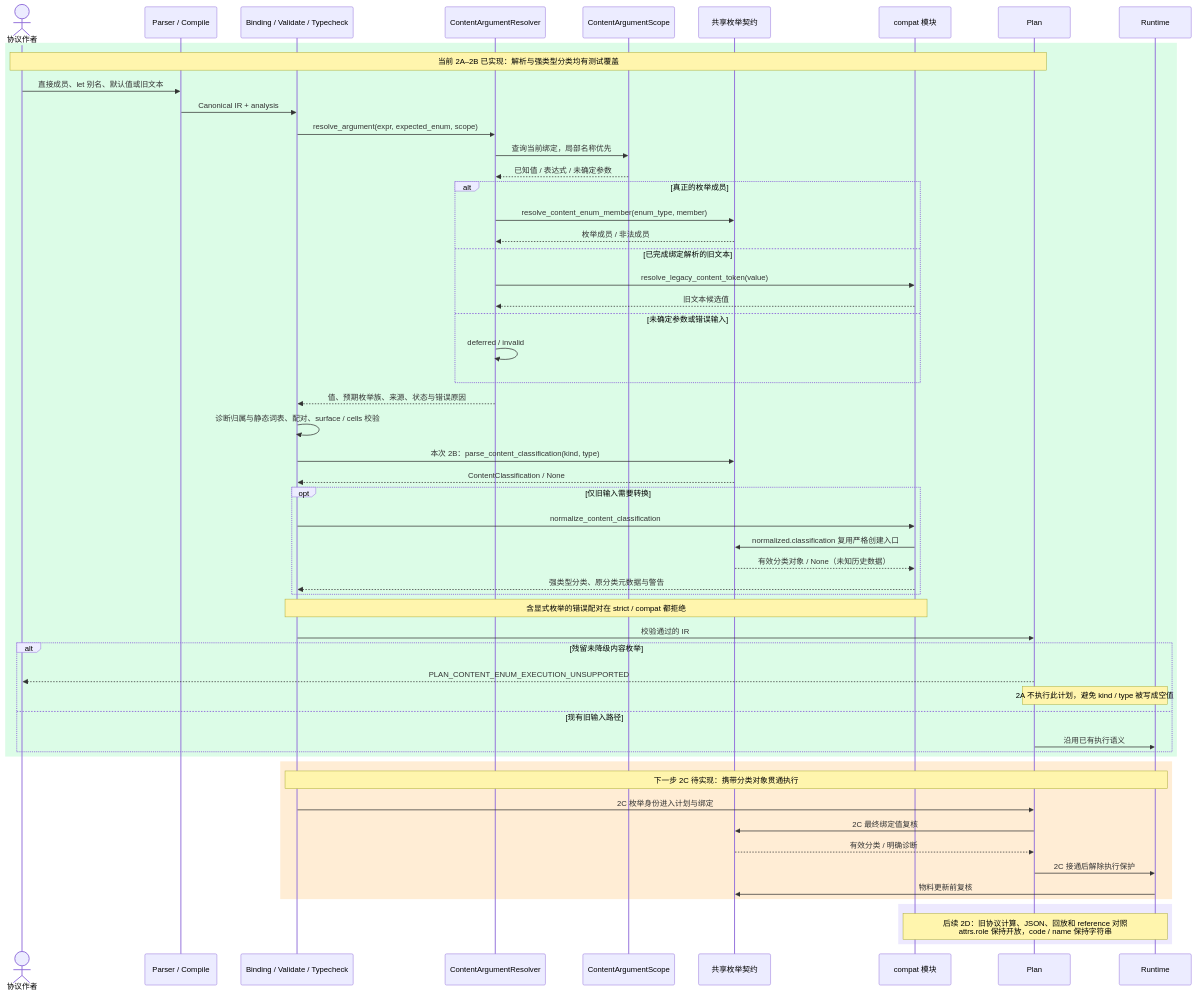
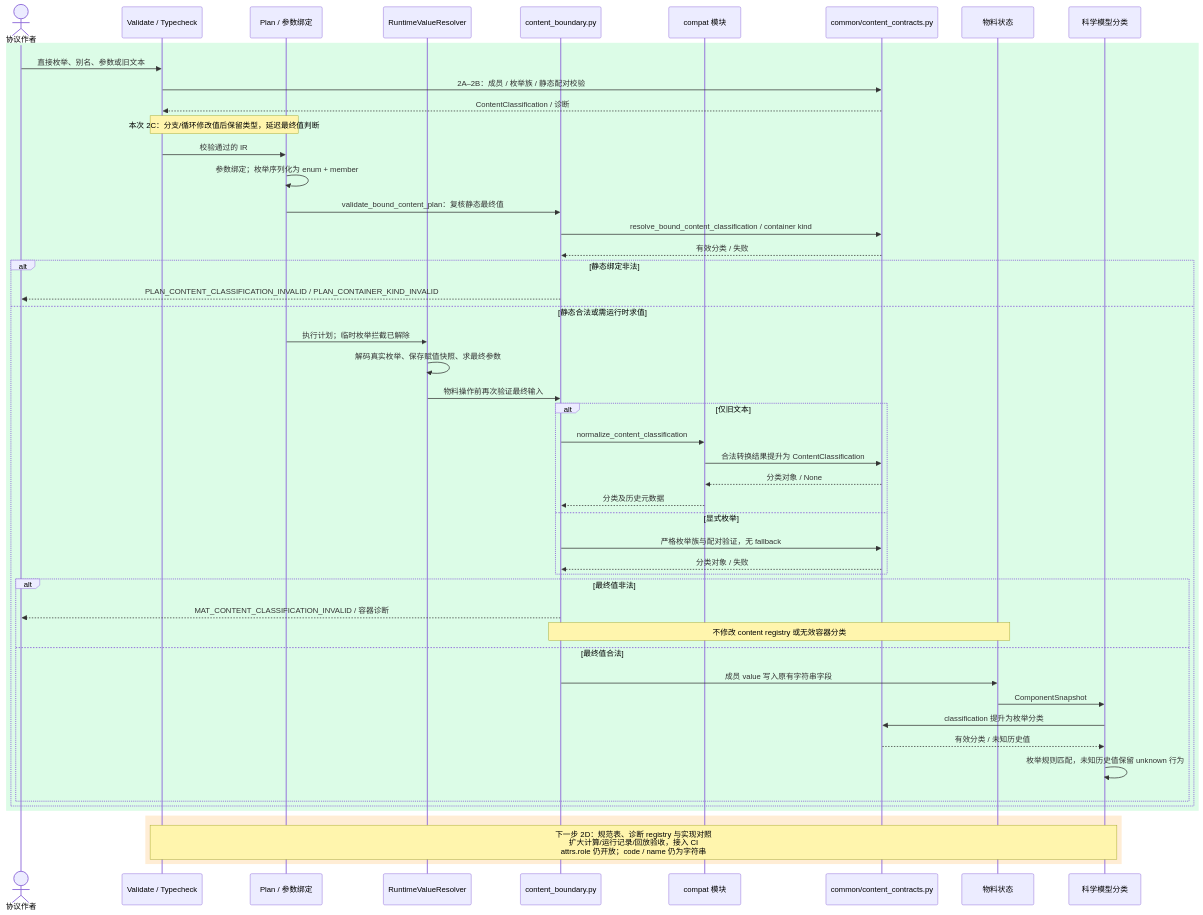
Before and after one commit to culsma/culsma: the second of 3 diagrams in docs/architecture/pipeline/validate_module_diagrams.md, drawn with Mermaid. The commit also changed other lines of this file and 22 other files, not shown here.

Commit message:
feat: execute content enums with bound classification checks

````diff
--- a/docs/architecture/pipeline/validate_module_diagrams.md
+++ b/docs/architecture/pipeline/validate_module_diagrams.md
@@ -52,60 +39,53 @@
 ```mermaid
 sequenceDiagram
     actor Author as 协议作者
-    participant Frontend as Parser / Compile
-    participant Check as Binding / Validate / Typecheck
-    participant Resolver as ContentArgumentResolver
-    participant Scope as ContentArgumentScope
-    participant Shared as 共享枚举契约
+    participant Check as Validate / Typecheck
+    participant Plan as Plan / 参数绑定
+    participant Values as RuntimeValueResolver
+    participant Boundary as content_boundary.py
     participant Legacy as compat 模块
-    participant Plan as Plan
-    participant Runtime as Runtime
+    participant Shared as common/content_contracts.py
+    participant Material as 物料状态
+    participant Science as 科学模型分类
 
     rect rgb(220, 252, 231)
-        Note over Author, Plan: 当前 2A–2B 已实现：解析与强类型分类均有测试覆盖
-        Author->>Frontend: 直接成员、let 别名、默认值或旧文本
-        Frontend->>Check: Canonical IR + analysis
-        Check->>Resolver: resolve_argument(expr, expected_enum, scope)
-        Resolver->>Scope: 查询当前绑定，局部名称优先
-        Scope-->>Resolver: 已知值 / 表达式 / 未确定参数
-        alt 真正的枚举成员
-            Resolver->>Shared: resolve_content_enum_member(enum_type, member)
-            Shared-->>Resolver: 枚举成员 / 非法成员
-        else 已完成绑定解析的旧文本
-            Resolver->>Legacy: resolve_legacy_content_token(value)
-            Legacy-->>Resolver: 旧文本候选值
-        else 未确定参数或错误输入
-            Resolver->>Resolver: deferred / invalid
-        end
-        Resolver-->>Check: 值、预期枚举族、来源、状态与错误原因
-        Check->>Check: 诊断归属与静态词表、配对、surface / cells 校验
-        Check->>Shared: 本次 2B：parse_content_classification(kind, type)
-        Shared-->>Check: ContentClassification / None
-        opt 仅旧输入需要转换
-            Check->>Legacy: normalize_content_classification
-            Legacy->>Shared: normalized.classification 复用严格创建入口
-            Shared-->>Legacy: 有效分类对象 / None（未知历史数据）
-            Legacy-->>Check: 强类型分类、原分类元数据与警告
-        end
-        Note over Check, Legacy: 含显式枚举的错误配对在 strict / compat 都拒绝
+        Author->>Check: 直接枚举、别名、参数或旧文本
+        Check->>Shared: 2A–2B：成员 / 枚举族 / 静态配对校验
+        Shared-->>Check: ContentClassification / 诊断
+        Note over Check, Plan: 本次 2C：分支/循环修改值后保留类型，延迟最终值判断
         Check->>Plan: 校验通过的 IR
-        alt 残留未降级内容枚举
-            Plan-->>Author: PLAN_CONTENT_ENUM_EXECUTION_UNSUPPORTED
-            Note over Plan, Runtime: 2A 不执行此计划，避免 kind / type 被写成空值
-        else 现有旧输入路径
-            Plan->>Runtime: 沿用已有执行语义
+        Plan->>Plan: 参数绑定；枚举序列化为 enum + member
+        Plan->>Boundary: validate_bound_content_plan：复核静态最终值
+        Boundary->>Shared: resolve_bound_content_classification / container kind
+        Shared-->>Boundary: 有效分类 / 失败
+        alt 静态绑定非法
+            Boundary-->>Author: PLAN_CONTENT_CLASSIFICATION_INVALID / PLAN_CONTAINER_KIND_INVALID
+        else 静态合法或需运行时求值
+            Plan->>Values: 执行计划；临时枚举拦截已解除
+            Values->>Values: 解码真实枚举、保存赋值快照、求最终参数
+            Values->>Boundary: 物料操作前再次验证最终输入
+            alt 仅旧文本
+                Boundary->>Legacy: normalize_content_classification
+                Legacy->>Shared: 合法转换结果提升为 ContentClassification
+                Shared-->>Legacy: 分类对象 / None
+                Legacy-->>Boundary: 分类及历史元数据
+            else 显式枚举
+                Boundary->>Shared: 严格枚举族与配对验证，无 fallback
+                Shared-->>Boundary: 分类对象 / 失败
+            end
+            alt 最终值非法
+                Boundary-->>Author: MAT_CONTENT_CLASSIFICATION_INVALID / 容器诊断
+                Note over Boundary, Material: 不修改 content registry 或无效容器分类
+            else 最终值合法
+                Boundary->>Material: 成员 value 写入原有字符串字段
+                Material->>Science: ComponentSnapshot
+                Science->>Shared: classification 提升为枚举分类
+                Shared-->>Science: 有效分类 / 未知历史值
+                Science->>Science: 枚举规则匹配，未知历史值保留 unknown 行为
+            end
         end
     end
-
     rect rgb(255, 237, 213)
-        Note over Check, Runtime: 下一步 2C 待实现：携带分类对象贯通执行
-        Check->>Plan: 2C 枚举身份进入计划与绑定
-        Plan->>Shared: 2C 最终绑定值复核
-        Shared-->>Plan: 有效分类 / 明确诊断
-        Plan->>Runtime: 2C 接通后解除执行保护
-        Runtime->>Shared: 物料更新前复核
-    end
-    rect rgb(237, 233, 254)
-        Note over Legacy, Runtime: 后续 2D：旧协议计算、JSON、回放和 reference 对照<br/>attrs.role 保持开放，code / name 保持字符串
+        Note over Check, Science: 下一步 2D：规范表、诊断 registry 与实现对照<br/>扩大计算/运行记录/回放验收，接入 CI<br/>attrs.role 仍开放；code / name 仍为字符串
     end
 ```
````
